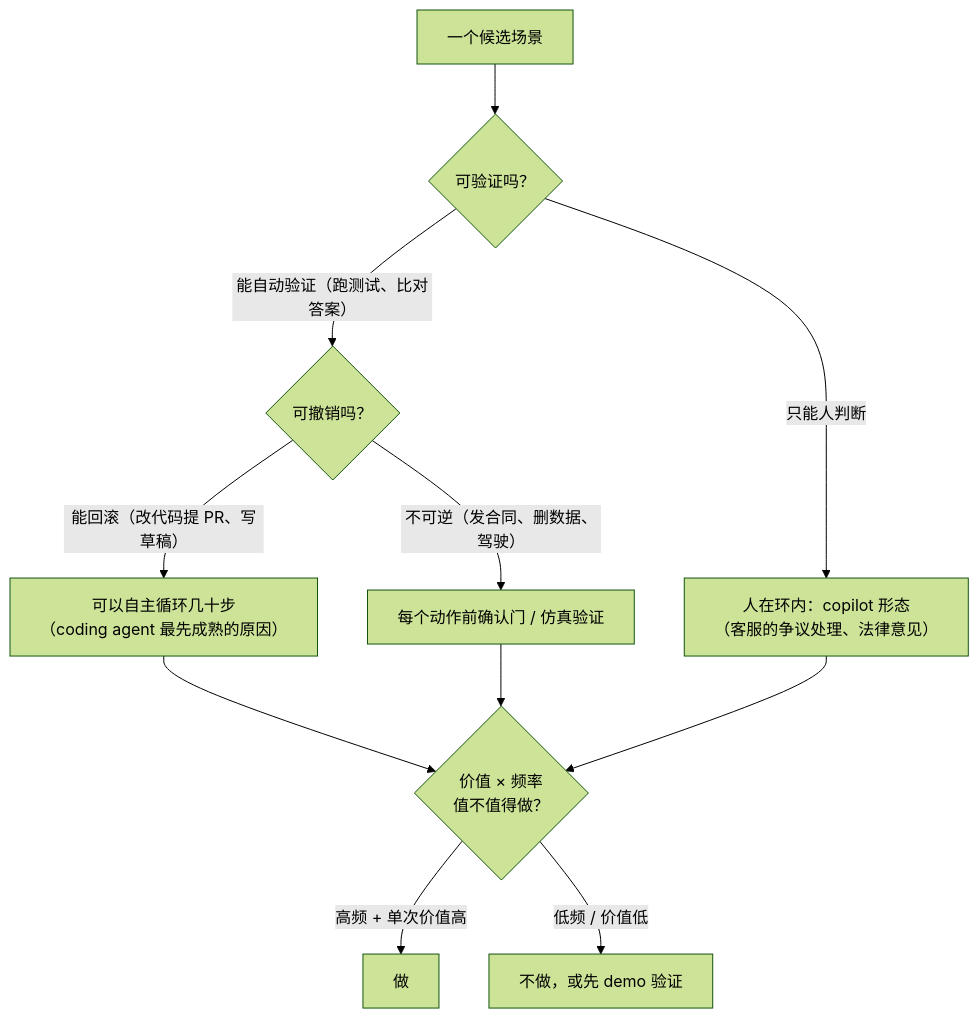
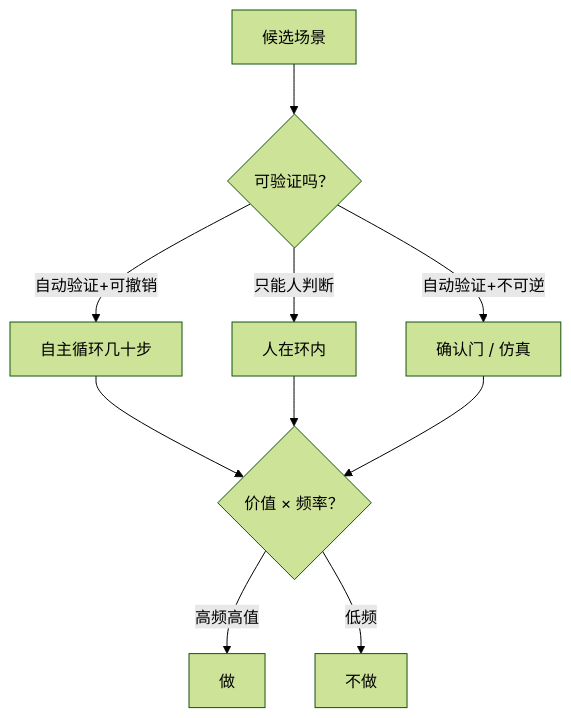
One commit to arganzheng/arganzheng.github.com changed the second of 5 diagrams in slides/2026-11-20-product-and-experience.md. Above: the diagram before and after it, drawn with Mermaid (forest theme). The commit also changed other lines of this file, not shown here.

Commit message:
slides/product-and-experience: cut/shorten mermaid diagrams below 14px rendered text (check-render smalltext/overlap)

````diff
--- a/slides/2026-11-20-product-and-experience.md
+++ b/slides/2026-11-20-product-and-experience.md
@@ -41,13 +41,12 @@
 ```mermaid
 %%{init: {"flowchart": {"wrappingWidth": 480}}}%%
 flowchart TB
-    S["一个候选场景"] --> D1{"可验证吗？"}
-    D1 -- "能自动验证（跑测试、比对答案）" --> D2{"可撤销吗？"}
-    D1 -- "只能人判断" --> H["人在环内：copilot 形态<br/>（客服的争议处理、法律意见）"]
-    D2 -- "能回滚（改代码提 PR、写草稿）" --> AUTO["可以自主循环几十步<br/>（coding agent 最先成熟的原因）"]
-    D2 -- "不可逆（发合同、删数据、驾驶）" --> GATE["每个动作前确认门 / 仿真验证"]
-    AUTO & H & GATE --> W{"价值 × 频率<br/>值不值得做？"}
-    W -- "高频 + 单次价值高" --> GO["做"]
-    W -- "低频 / 价值低" --> NO["不做，或先 demo 验证"]
+    S["候选场景"] --> D1{"可验证吗？"}
+    D1 -- "自动验证+可撤销" --> AUTO["自主循环几十步"]
+    D1 -- "只能人判断" --> H["人在环内"]
+    D1 -- "自动验证+不可逆" --> GATE["确认门 / 仿真"]
+    AUTO & H & GATE --> W{"价值 × 频率？"}
+    W -- "高频高值" --> GO["做"]
+    W -- "低频" --> NO["不做"]
 
 ```
````
